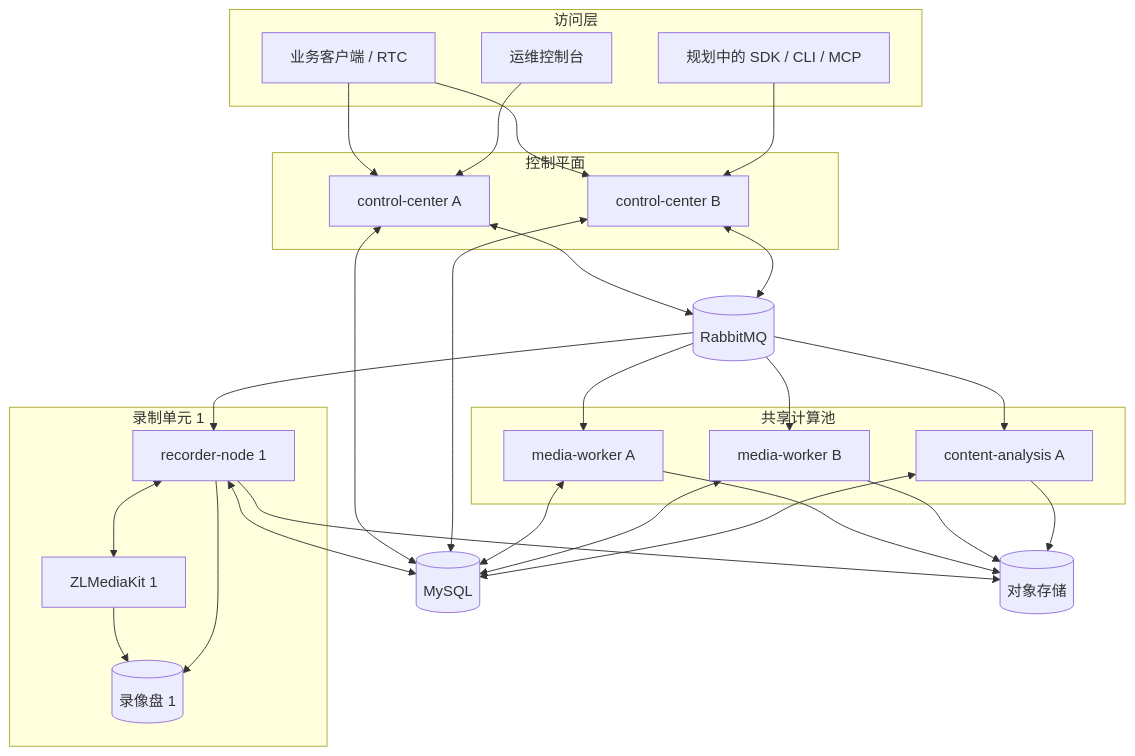
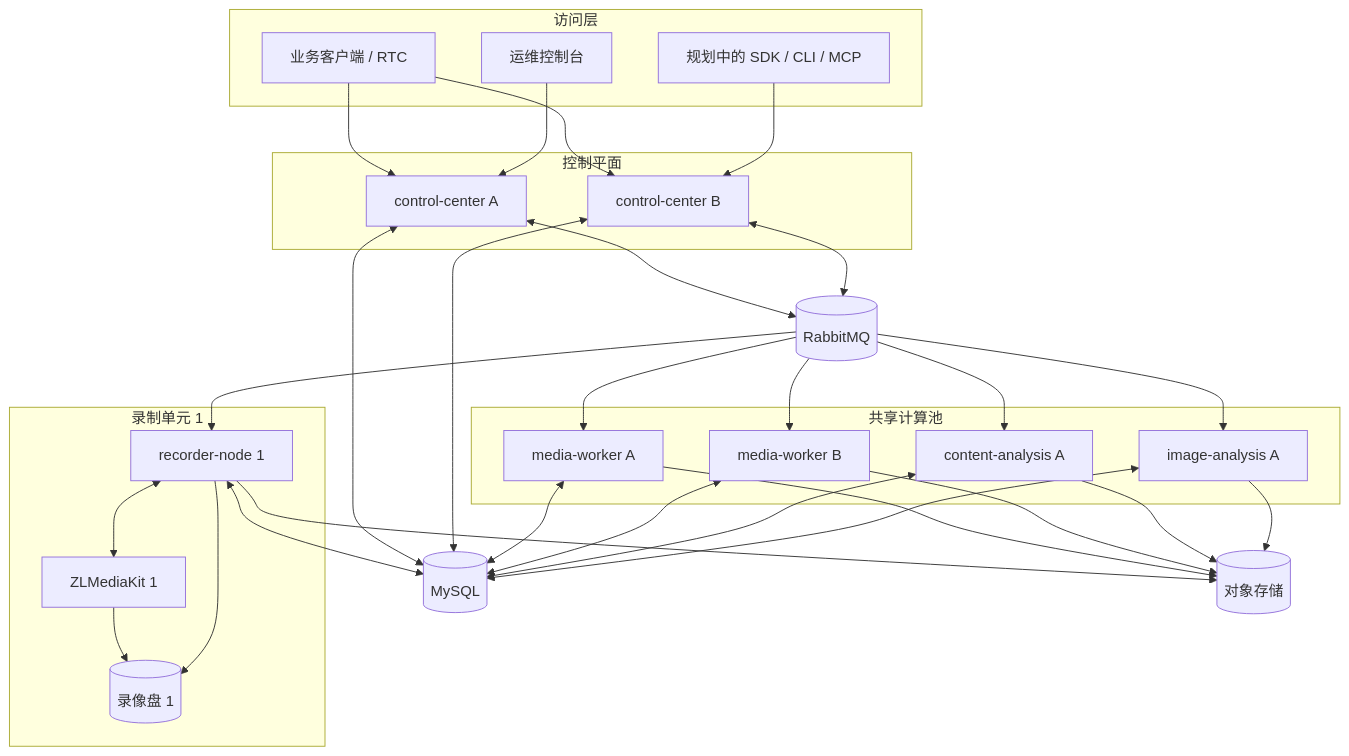
The first of 2 diagrams in docs/architecture/overview.md (huxiaodong1989/MediaFleet), drawn with Mermaid before and after one commit. The commit also changed other lines of this file and 104 other files, not shown here.

Commit message:
feat: 迁入课堂图像分析服务

````diff
--- a/docs/architecture/overview.md
+++ b/docs/architecture/overview.md
@@ -79,53 +88,57 @@
 ```mermaid
 flowchart TB
     subgraph Access[访问层]
         Client[业务客户端 / RTC]
         Ops[运维控制台]
         Future[规划中的 SDK / CLI / MCP]
     end
 
     subgraph ControlPlane[控制平面]
         C1[control-center A]
         C2[control-center B]
     end
 
     DB[(MySQL)]
     MQ[(RabbitMQ)]
     Store[(对象存储)]
 
     subgraph RecordingUnit1[录制单元 1]
         R1[recorder-node 1]
         Z1[ZLMediaKit 1]
         D1[(录像盘 1)]
     end
 
     subgraph Compute[共享计算池]
         W1[media-worker A]
         W2[media-worker B]
         A1[content-analysis A]
+        I1[image-analysis A]
     end
 
     Client --> C1
     Client --> C2
     Ops --> C1
     Future --> C2
     C1 <--> DB
     C2 <--> DB
     C1 <--> MQ
     C2 <--> MQ
     MQ --> R1
     MQ --> W1
     MQ --> W2
     MQ --> A1
+    MQ --> I1
     R1 <--> Z1
     Z1 --> D1
     R1 --> D1
     R1 --> Store
     W1 --> Store
     W2 --> Store
     A1 --> Store
+    I1 --> Store
     R1 <--> DB
     W1 <--> DB
     W2 <--> DB
     A1 <--> DB
+    I1 <--> DB
 ```
````
